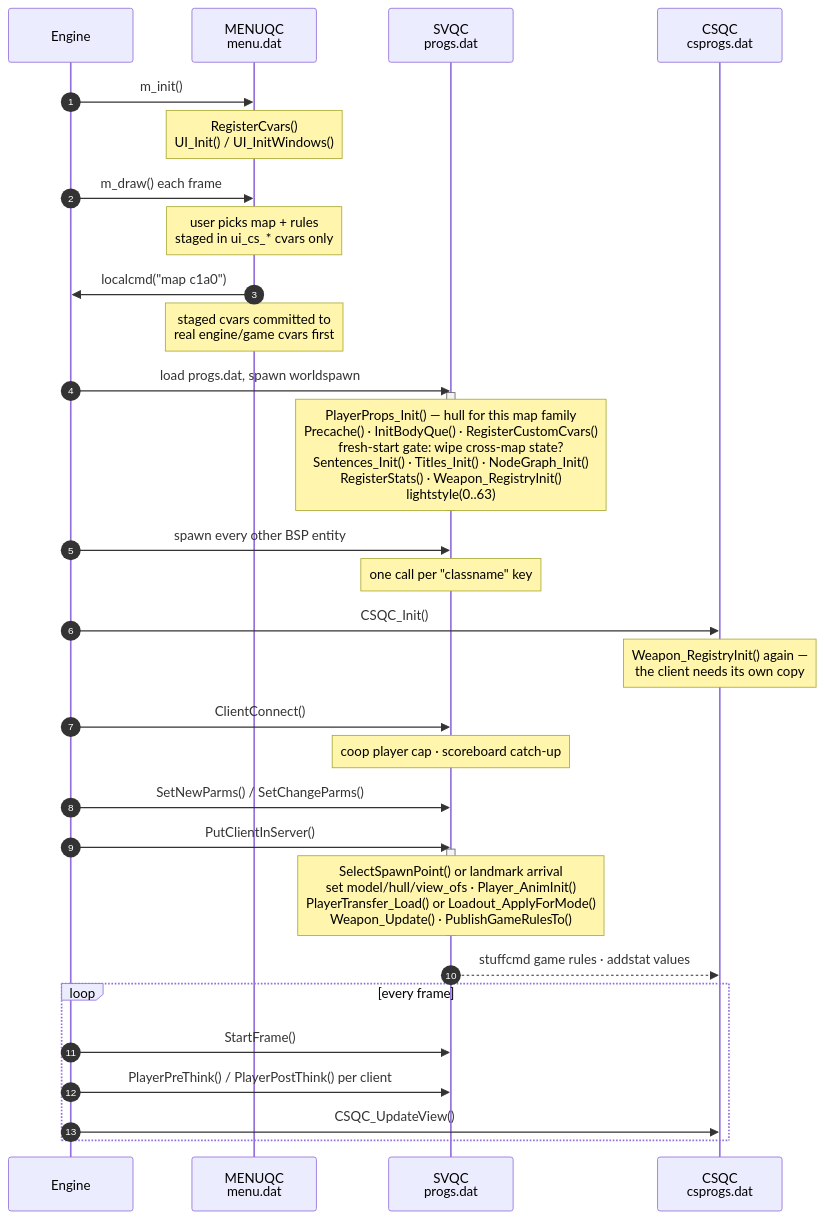
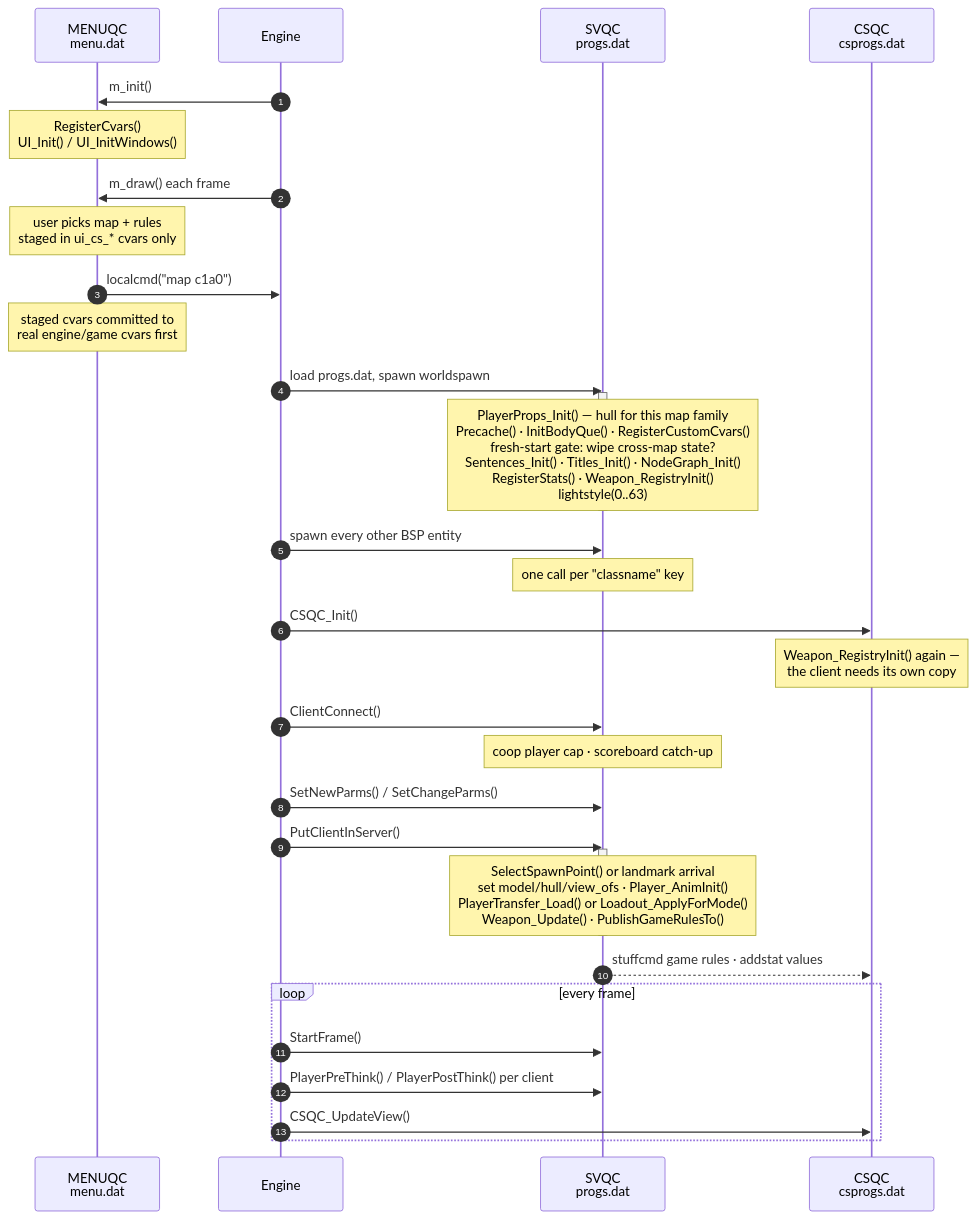
Before and after one commit to KleskBY/Libre-life: the first of 2 diagrams in docs/guide/02-lifecycle.md, drawn with Mermaid. The commit also changed 3 other files, not shown here.

Commit message:
scripted_sequence bug fix, made tools public

````diff
--- a/docs/guide/02-lifecycle.md
+++ b/docs/guide/02-lifecycle.md
@@ -8,42 +8,43 @@
 ```mermaid
+%%{init: {"sequence": {"messageAlign": "left"}}}%%
 sequenceDiagram
     autonumber
+    participant MN as MENUQC<br/>menu.dat
     participant E as Engine
-    participant MN as MENUQC<br/>menu.dat
     participant SV as SVQC<br/>progs.dat
     participant CL as CSQC<br/>csprogs.dat
 
     E->>MN: m_init()
     Note over MN: RegisterCvars()<br/>UI_Init() / UI_InitWindows()
     E->>MN: m_draw() each frame
     Note over MN: user picks map + rules<br/>staged in ui_cs_* cvars only
 
     MN->>E: localcmd("map c1a0")
     Note over MN: staged cvars committed to<br/>real engine/game cvars first
 
     E->>SV: load progs.dat, spawn worldspawn
     activate SV
     Note over SV: PlayerProps_Init() — hull for this map family<br/>Precache() · InitBodyQue() · RegisterCustomCvars()<br/>fresh-start gate: wipe cross-map state?<br/>Sentences_Init() · Titles_Init() · NodeGraph_Init()<br/>RegisterStats() · Weapon_RegistryInit()<br/>lightstyle(0..63)
     deactivate SV
 
     E->>SV: spawn every other BSP entity
     Note over SV: one call per "classname" key
 
     E->>CL: CSQC_Init()
     Note over CL: Weapon_RegistryInit() again —<br/>the client needs its own copy
 
     E->>SV: ClientConnect()
     Note over SV: coop player cap · scoreboard catch-up
     E->>SV: SetNewParms() / SetChangeParms()
     E->>SV: PutClientInServer()
     activate SV
     Note over SV: SelectSpawnPoint() or landmark arrival<br/>set model/hull/view_ofs · Player_AnimInit()<br/>PlayerTransfer_Load() or Loadout_ApplyForMode()<br/>Weapon_Update() · PublishGameRulesTo()
     deactivate SV
     SV-->>CL: stuffcmd game rules · addstat values
 
     loop every frame
         E->>SV: StartFrame()
         E->>SV: PlayerPreThink() / PlayerPostThink() per client
         E->>CL: CSQC_UpdateView()
     end
 ```
````
